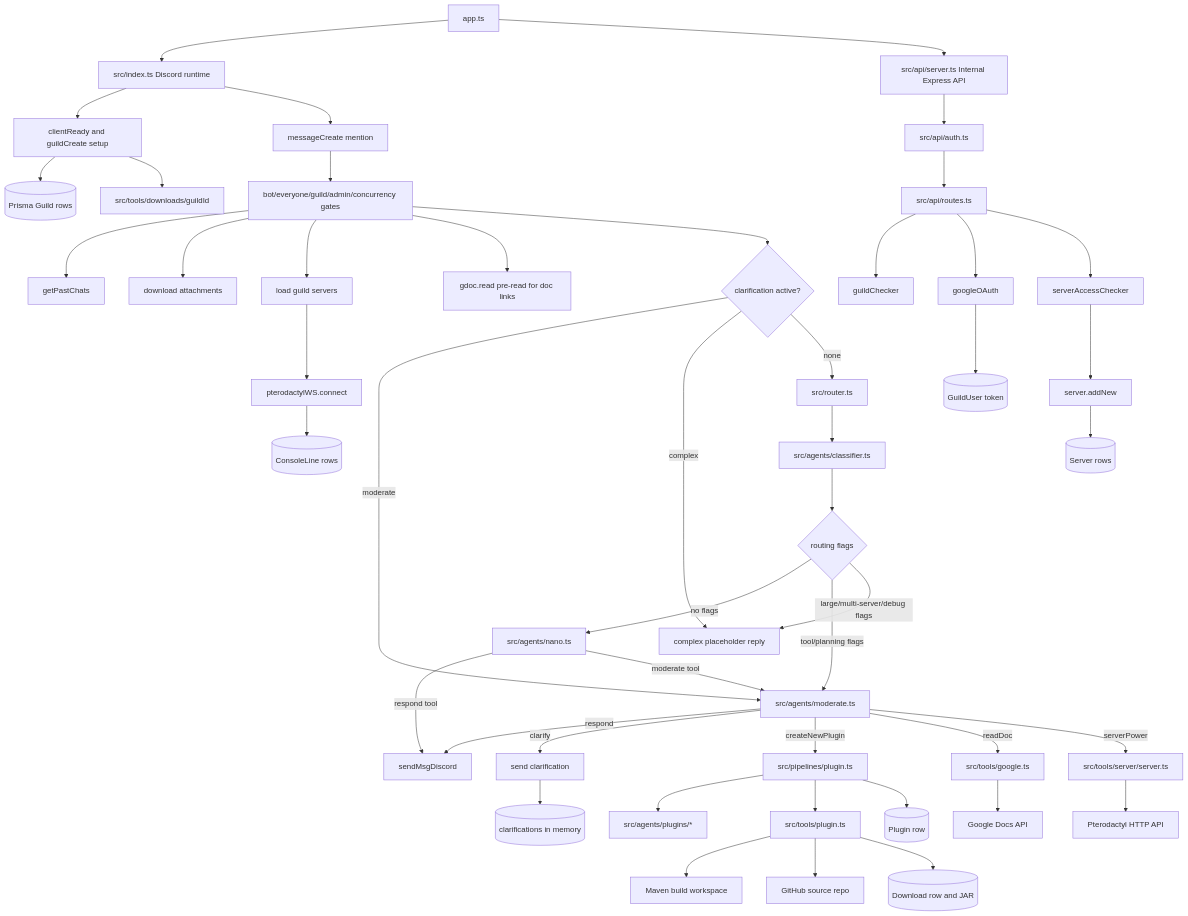
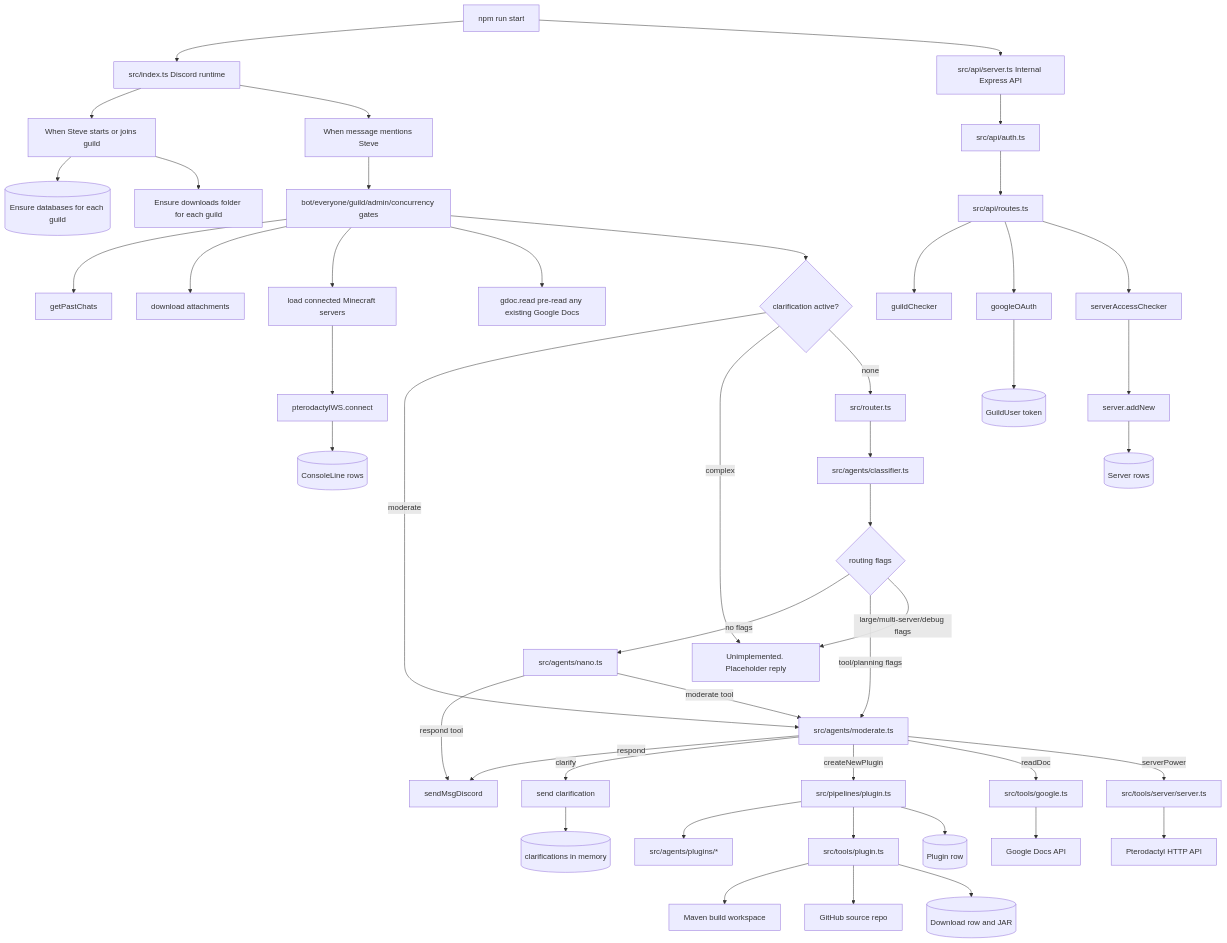
The diagram in docs/architecture/overview.md (WalrusMC/AgentSteve), drawn with Mermaid before and after one commit. The commit also changed other lines of this file, not shown here.

````diff
--- a/docs/architecture/overview.md
+++ b/docs/architecture/overview.md
@@ -53,58 +71,58 @@
 ```mermaid
 flowchart TD
-    App[app.ts] --> Discord[src/index.ts Discord runtime]
+    App[npm run start] --> Discord[src/index.ts Discord runtime]
     App --> Api[src/api/server.ts Internal Express API]
 
-    Discord --> Ready[clientReady and guildCreate setup]
-    Ready --> Guilds[(Prisma Guild rows)]
-    Ready --> DownloadsDir[src/tools/downloads/guildId]
+    Discord --> Ready[When Steve starts or joins guild]
+    Ready --> Guilds[(Ensure databases for each guild)]
+    Ready --> DownloadsDir[Ensure downloads folder for each guild]
 
-    Discord --> Mention[messageCreate mention]
+    Discord --> Mention[When message mentions Steve]
     Mention --> Gate[bot/everyone/guild/admin/concurrency gates]
     Gate --> Context[getPastChats]
     Gate --> Attachments[download attachments]
-    Gate --> KnownServers[load guild servers]
+    Gate --> KnownServers[load connected Minecraft servers]
     KnownServers --> WS[pterodactylWS.connect]
-    Gate --> GDocPreRead[gdoc.read pre-read for doc links]
+    Gate --> GDocPreRead[gdoc.read pre-read any existing Google Docs]
     Gate --> ClarifyState{clarification active?}
 
     ClarifyState -->|moderate| Moderate[src/agents/moderate.ts]
-    ClarifyState -->|complex| ComplexPlaceholder[complex placeholder reply]
+    ClarifyState -->|complex| ComplexPlaceholder[Unimplemented. Placeholder reply]
     ClarifyState -->|none| MainRouter[src/router.ts]
 
     MainRouter --> Classifier[src/agents/classifier.ts]
     Classifier --> RouteChoice{routing flags}
     RouteChoice -->|no flags| Nano[src/agents/nano.ts]
     RouteChoice -->|tool/planning flags| Moderate
     RouteChoice -->|large/multi-server/debug flags| ComplexPlaceholder
 
     Nano -->|respond tool| DiscordReply[sendMsgDiscord]
     Nano -->|moderate tool| Moderate
 
     Moderate -->|respond| DiscordReply
     Moderate -->|clarify| ClarificationReply[send clarification]
     ClarificationReply --> Clarifications[(clarifications in memory)]
     Moderate -->|createNewPlugin| PluginPipeline[src/pipelines/plugin.ts]
     Moderate -->|readDoc| GDocs[src/tools/google.ts]
     Moderate -->|serverPower| ServerPower[src/tools/server/server.ts]
 
     PluginPipeline --> PluginAgents[src/agents/plugins/*]
     PluginPipeline --> PluginBuild[src/tools/plugin.ts]
     PluginBuild --> Maven[Maven build workspace]
     PluginBuild --> GitHub[GitHub source repo]
     PluginBuild --> Downloads[(Download row and JAR)]
     PluginPipeline --> Plugins[(Plugin row)]
 
     ServerPower --> PteroHTTP[Pterodactyl HTTP API]
     WS --> ConsoleLines[(ConsoleLine rows)]
     GDocs --> GoogleAPI[Google Docs API]
 
     Api --> Auth[src/api/auth.ts]
     Auth --> ApiRoutes[src/api/routes.ts]
     ApiRoutes --> GuildCheck[guildChecker]
     ApiRoutes --> OAuth[googleOAuth]
     ApiRoutes --> ServerAccess[serverAccessChecker]
     OAuth --> GuildUser[(GuildUser token)]
     ServerAccess --> ServerAdd[server.addNew]
     ServerAdd --> Servers[(Server rows)]
 ```
````
